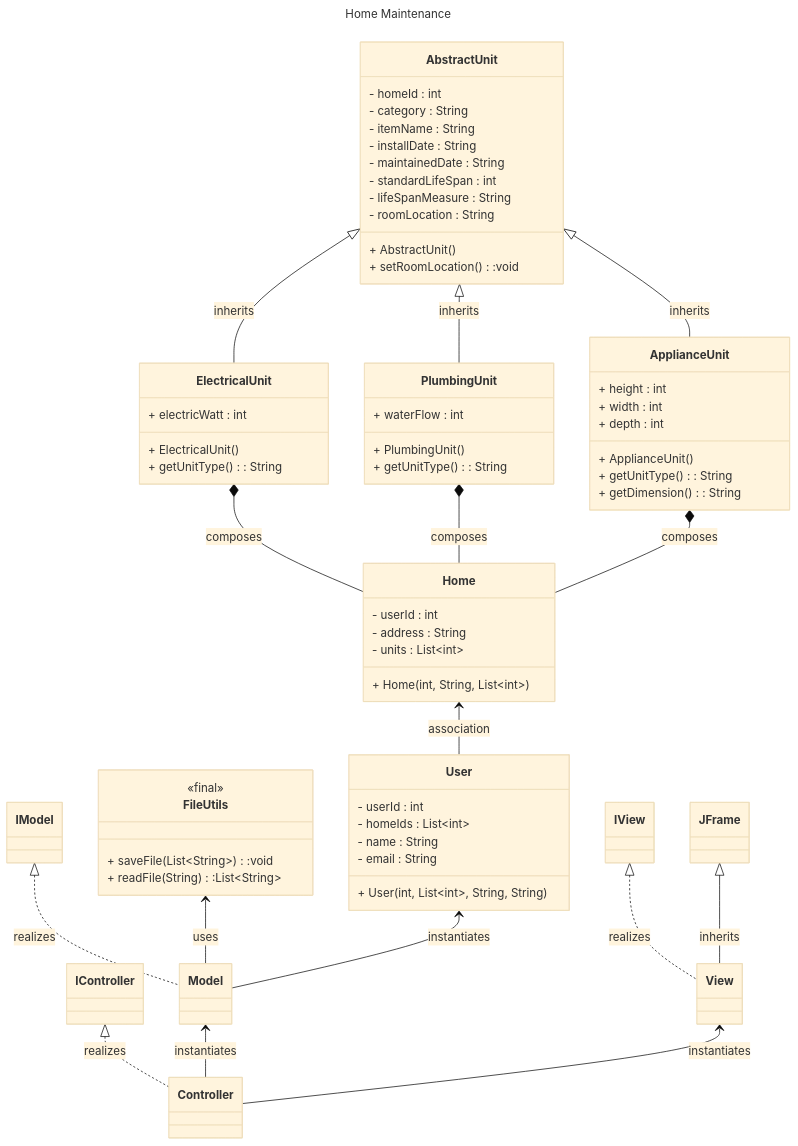
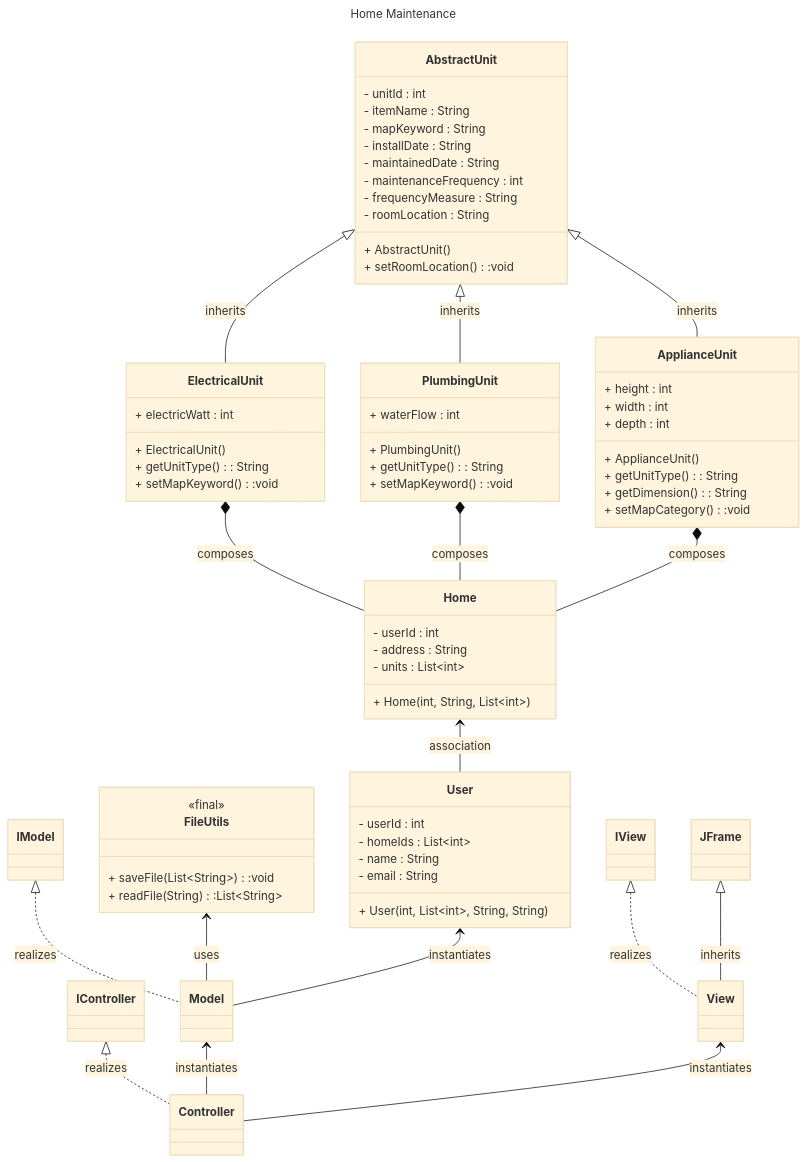
One commit to Sp25-CS5004-Online-Lionelle/final-project-group-4 changed the diagram in DesignDocuments/DesignDocument.md. Above: the diagram before and after it, drawn with Mermaid (base theme). The commit also changed 2 other files, not shown here.

Commit message:
initial design adjustment

```diff
--- a/DesignDocuments/DesignDocument.md
+++ b/DesignDocuments/DesignDocument.md
@@ -35,13 +35,13 @@
     }
 
     class AbstractUnit {
-        - homeId : int
-        - category : String
+        - unitId : int
         - itemName : String
+        - mapKeyword : String
         - installDate : String
         - maintainedDate : String
-        - standardLifeSpan : int
-        - lifeSpanMeasure : String
+        - maintenanceFrequency : int
+        - frequencyMeasure : String
         - roomLocation : String
         + AbstractUnit()
         + setRoomLocation():void
@@ -51,12 +51,14 @@
         + electricWatt : int
         + ElectricalUnit()
         + getUnitType() : String
+        + setMapKeyword():void
     }
 
     class PlumbingUnit {
         + waterFlow : int
         + PlumbingUnit()
         + getUnitType() : String
+        + setMapKeyword():void
 
     }
 
@@ -67,6 +69,7 @@
         + ApplianceUnit()
         + getUnitType() : String
         + getDimension() : String
+        + setMapCategory():void
     }
 
     class User {
```
